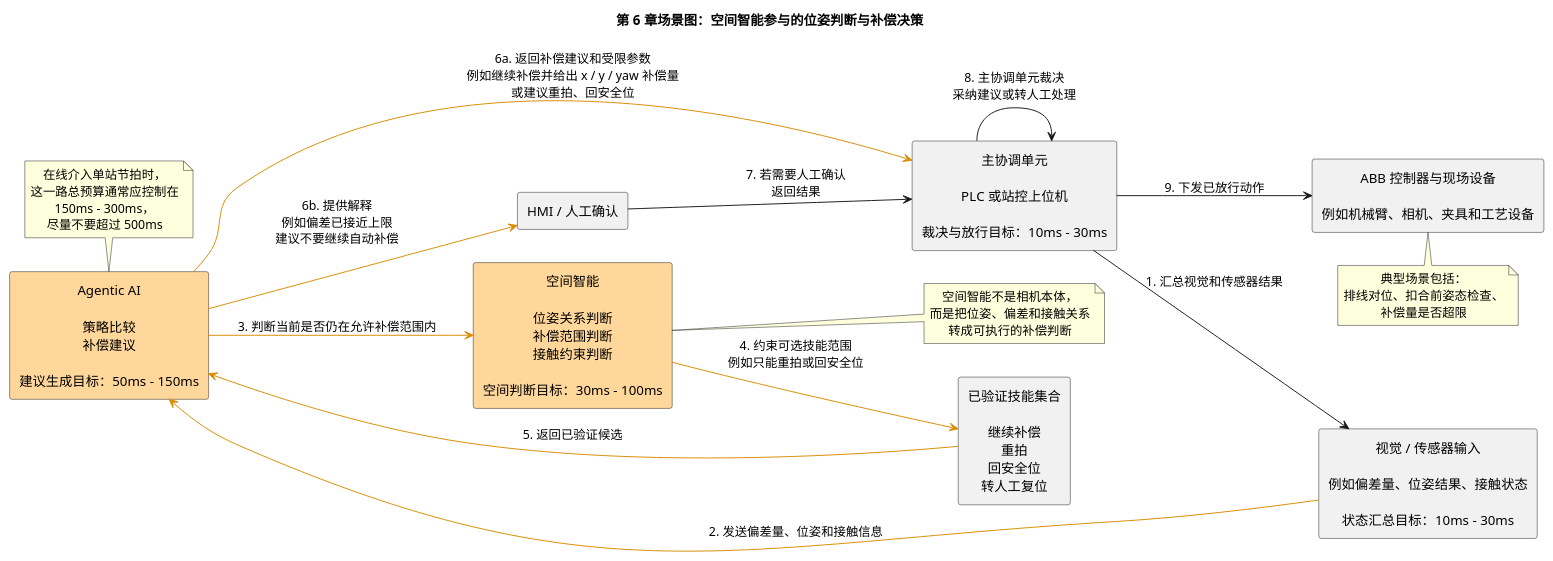
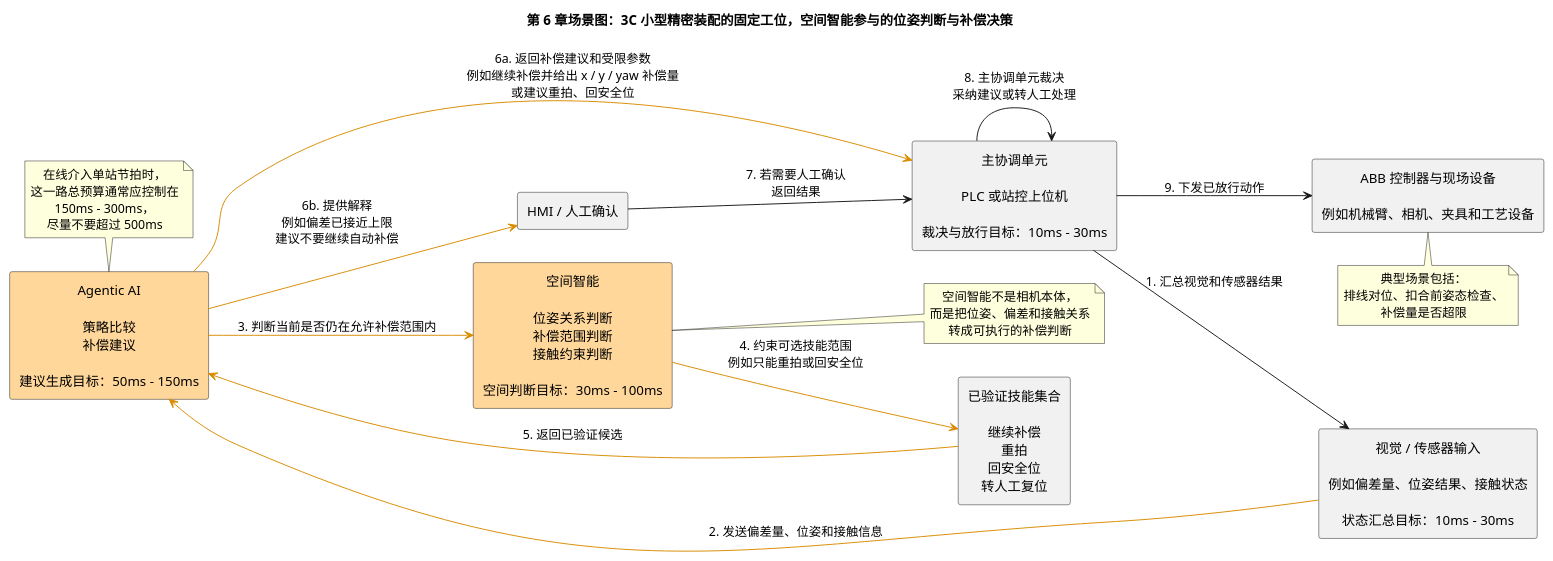
The diagram in content/posts/embodied-ai/abb-isaac-agent-flexible-manufacturing-ai-first/diagrams/abb-isaac-agent-flexible-manufacturing-ai-first-06-spatial-intelligence-compensation.puml (coolbeevip/coolbeevip.github.io), drawn with PlantUML before and after one commit. The commit also changed 4 other files, not shown here.

```diff
--- a/content/posts/embodied-ai/abb-isaac-agent-flexible-manufacturing-ai-first/diagrams/abb-isaac-agent-flexible-manufacturing-ai-first-06-spatial-intelligence-compensation.puml
+++ b/content/posts/embodied-ai/abb-isaac-agent-flexible-manufacturing-ai-first/diagrams/abb-isaac-agent-flexible-manufacturing-ai-first-06-spatial-intelligence-compensation.puml
@@ -1,46 +1,46 @@
 @startuml
-title 第 6 章场景图：空间智能参与的位姿判断与补偿决策
+title 第 6 章场景图：3C 小型精密装配的固定工位，空间智能参与的位姿判断与补偿决策
 left to right direction
 skinparam shadowing false
 skinparam packageStyle rectangle
 skinparam defaultTextAlignment center
 skinparam wrapWidth 220
 
 rectangle "主协调单元\n\nPLC 或站控上位机\n\n裁决与放行目标：10ms - 30ms" as LOOP
 rectangle "视觉 / 传感器输入\n\n例如偏差量、位姿结果、接触状态\n\n状态汇总目标：10ms - 30ms" as SENSOR
 rectangle "Agentic AI\n\n策略比较\n补偿建议\n\n建议生成目标：50ms - 150ms" as APP #FFD79A
 rectangle "空间智能\n\n位姿关系判断\n补偿范围判断\n接触约束判断\n\n空间判断目标：30ms - 100ms" as SI #FFD79A
 rectangle "已验证技能集合\n\n继续补偿\n重拍\n回安全位\n转人工复位" as SKILL
 rectangle "HMI / 人工确认" as HMI
 rectangle "ABB 控制器与现场设备\n\n例如机械臂、相机、夹具和工艺设备" as EXEC
 
 LOOP --> SENSOR : 1. 汇总视觉和传感器结果
 SENSOR -[#D98C00]-> APP : 2. 发送偏差量、位姿和接触信息
 APP -[#D98C00]-> SI : 3. 判断当前是否仍在允许补偿范围内
 SI -[#D98C00]-> SKILL : 4. 约束可选技能范围\n例如只能重拍或回安全位
 SKILL -[#D98C00]-> APP : 5. 返回已验证候选
 APP -[#D98C00]-> LOOP : 6a. 返回补偿建议和受限参数\n例如继续补偿并给出 x / y / yaw 补偿量\n或建议重拍、回安全位
 APP -[#D98C00]-> HMI : 6b. 提供解释\n例如偏差已接近上限\n建议不要继续自动补偿
 HMI --> LOOP : 7. 若需要人工确认\n返回结果
 LOOP --> LOOP : 8. 主协调单元裁决\n采纳建议或转人工处理
 LOOP --> EXEC : 9. 下发已放行动作
 
 note right of SI
 空间智能不是相机本体，
 而是把位姿、偏差和接触关系
 转成可执行的补偿判断
 end note
 
 note top of APP
 在线介入单站节拍时，
 这一路总预算通常应控制在
 150ms - 300ms，
 尽量不要超过 500ms
 end note
 
 note bottom of EXEC
 典型场景包括：
 排线对位、扣合前姿态检查、
 补偿量是否超限
 end note
 @enduml
```
